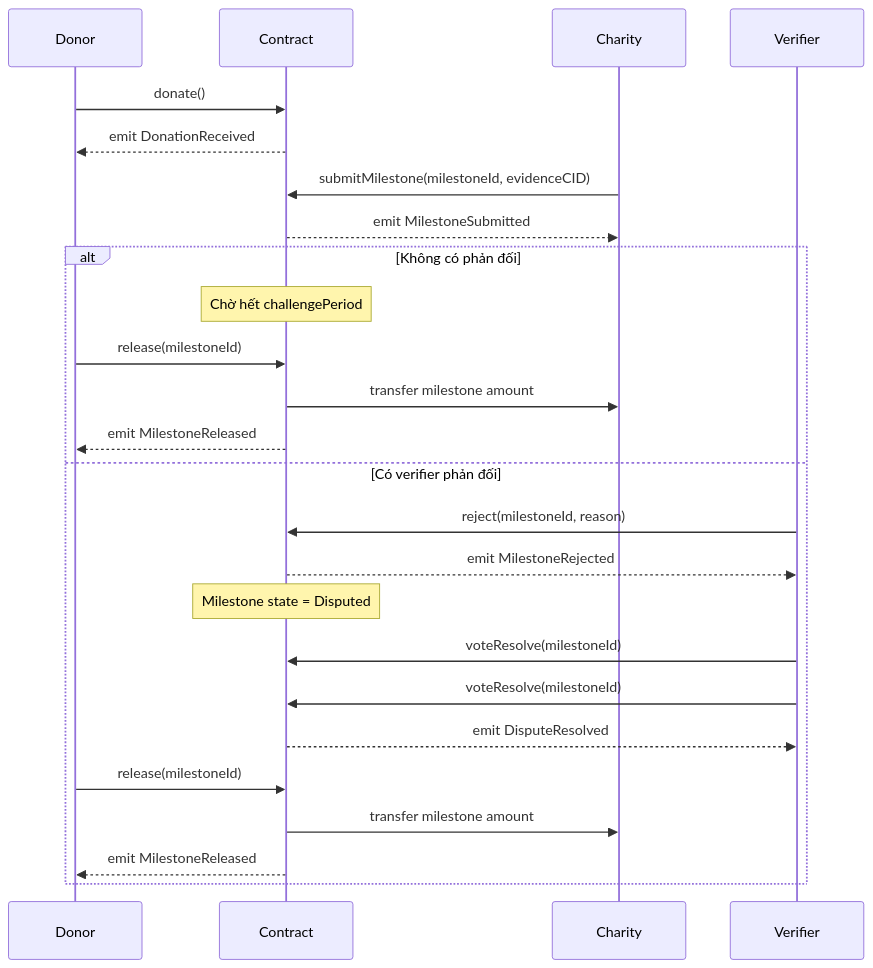
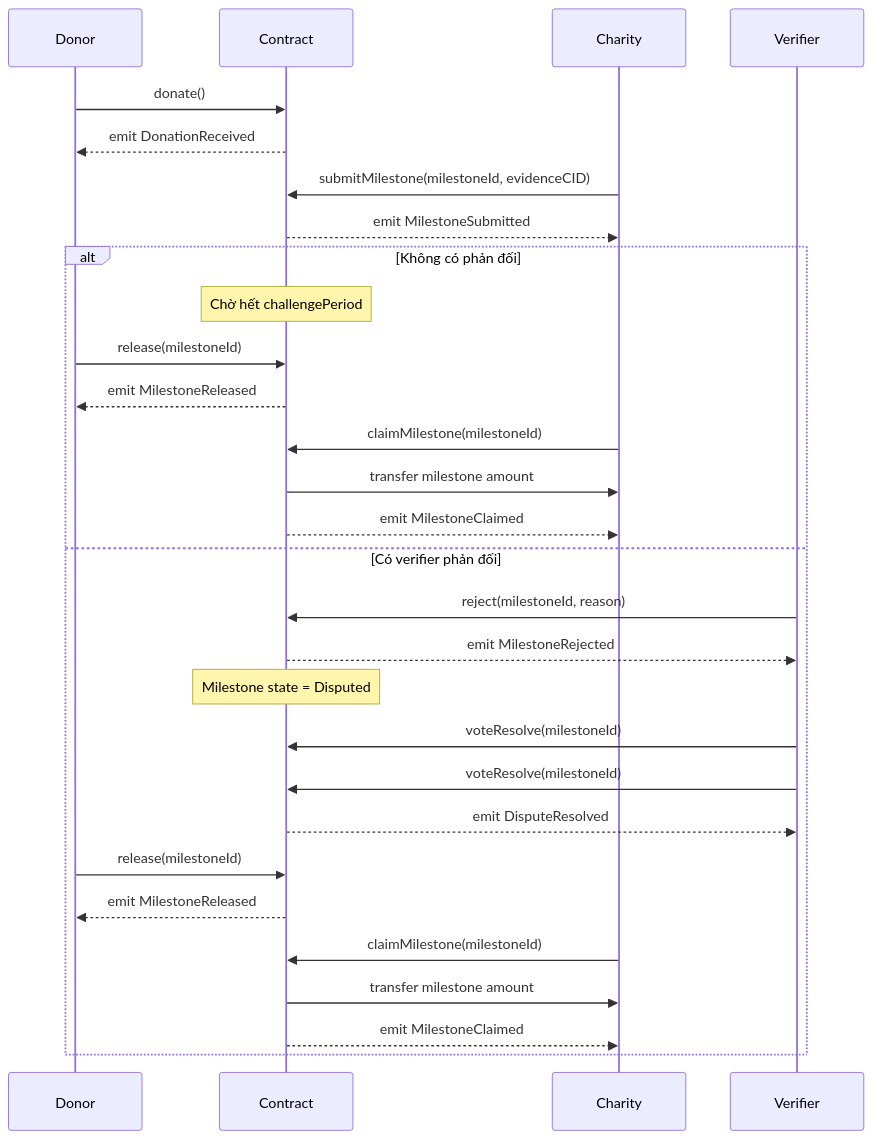
One commit to Khangdz296/charity-chain changed the diagram in diagrams/sequence.md. Above: the diagram before and after it, drawn with Mermaid. The commit also changed 13 other files, not shown here.

````diff
--- a/diagrams/sequence.md
+++ b/diagrams/sequence.md
@@ -3,30 +3,34 @@
 ```mermaid
 sequenceDiagram
     participant Donor
     participant Contract
     participant Charity
     participant Verifier
 
     Donor->>Contract: donate()
     Contract-->>Donor: emit DonationReceived
 
     Charity->>Contract: submitMilestone(milestoneId, evidenceCID)
     Contract-->>Charity: emit MilestoneSubmitted
 
     alt Không có phản đối
         Note over Contract: Chờ hết challengePeriod
         Donor->>Contract: release(milestoneId)
+        Contract-->>Donor: emit MilestoneReleased
+        Charity->>Contract: claimMilestone(milestoneId)
         Contract->>Charity: transfer milestone amount
-        Contract-->>Donor: emit MilestoneReleased
+        Contract-->>Charity: emit MilestoneClaimed
     else Có verifier phản đối
         Verifier->>Contract: reject(milestoneId, reason)
         Contract-->>Verifier: emit MilestoneRejected
         Note over Contract: Milestone state = Disputed
         Verifier->>Contract: voteResolve(milestoneId)
         Verifier->>Contract: voteResolve(milestoneId)
         Contract-->>Verifier: emit DisputeResolved
         Donor->>Contract: release(milestoneId)
+        Contract-->>Donor: emit MilestoneReleased
+        Charity->>Contract: claimMilestone(milestoneId)
         Contract->>Charity: transfer milestone amount
-        Contract-->>Donor: emit MilestoneReleased
+        Contract-->>Charity: emit MilestoneClaimed
     end
 ```
````
